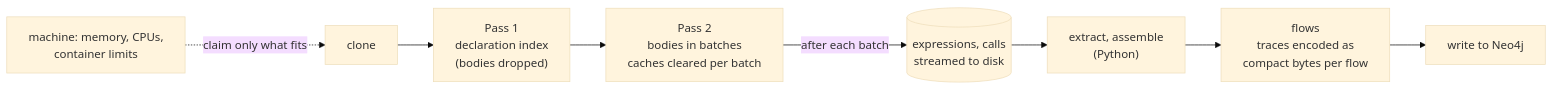
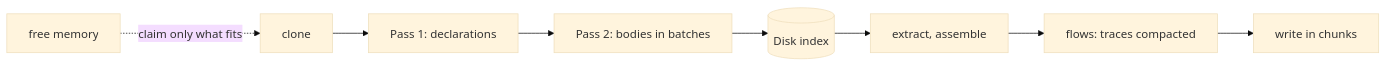
One commit to KBavis/steno changed the diagram in docs/how-it-works/ingestion/large-repositories.md. Above: the diagram before and after it, drawn with Mermaid (base theme). The commit also changed other lines of this file and 35 other files, not shown here.

First line of the commit message:
docs: simplify the docs and record D150 (flows-first routing)

````diff
--- a/docs/how-it-works/ingestion/large-repositories.md
+++ b/docs/how-it-works/ingestion/large-repositories.md
@@ -13,10 +11,10 @@
 ```mermaid
 flowchart LR
-    C["clone"] --> P1["Pass 1<br/>declaration index<br/>(bodies dropped)"]
-    P1 --> P2["Pass 2<br/>bodies in batches<br/>caches cleared per batch"]
-    P2 -- "after each batch" --> D[("expressions, calls<br/>streamed to disk")]
-    D --> X["extract, assemble<br/>(Python)"]
-    X --> F["flows<br/>traces encoded as<br/>compact bytes per flow"]
-    F --> W["write to Neo4j"]
-    M["machine: memory, CPUs,<br/>container limits"] -. "claim only what fits" .-> C
+    C["clone"] --> P1["Pass 1: declarations"]
+    P1 --> P2["Pass 2: bodies in batches"]
+    P2 --> D[("Disk index")]
+    D --> X["extract, assemble"]
+    X --> F["flows: traces compacted"]
+    F --> W["write in chunks"]
+    M["free memory"] -. "claim only what fits" .-> C
 ```
````
